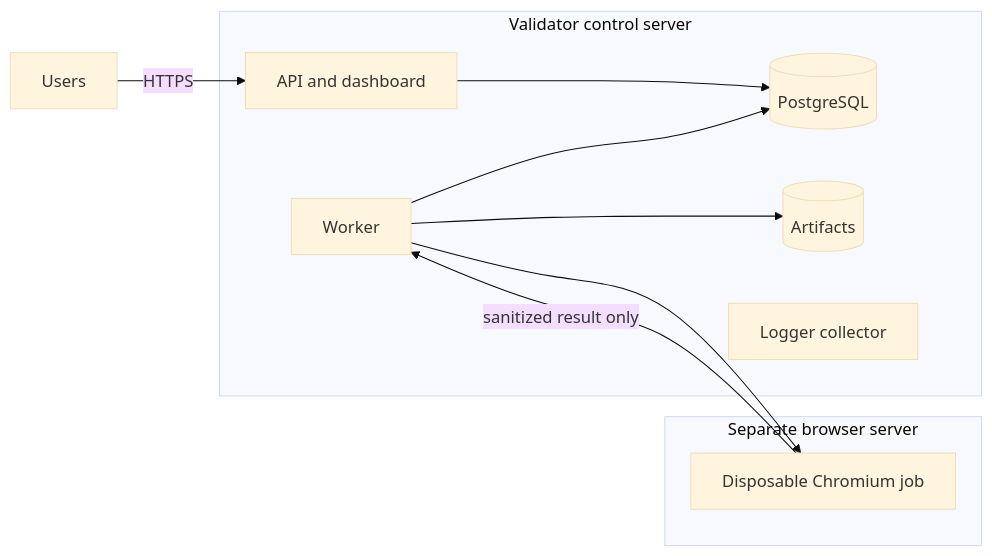
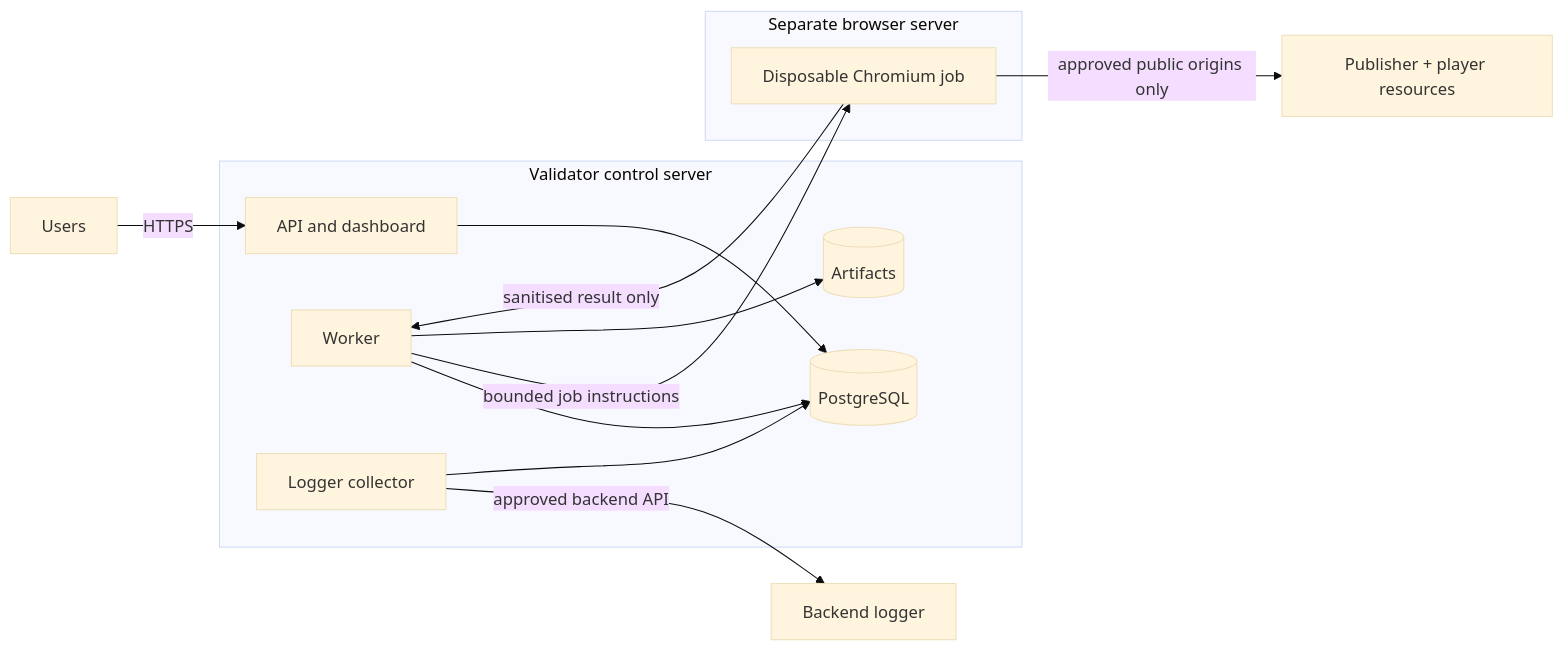
Before and after one commit to chetanya1998/VDO.ai-Automated-Player-Testing-APT--Tool: diagram 12 of 13 in README.md, drawn with Mermaid (base theme). The commit also changed other lines of this file, not shown here.

First line of the commit message:
Update README for two-application architecture with diagrams

````diff
--- a/README.md
+++ b/README.md
@@ -236,19 +509,22 @@
 ```mermaid
 flowchart LR
-    subgraph Control[Validator control server]
-      API[API and dashboard]
-      WORKER[Worker]
-      DB[(PostgreSQL)]
-      STORE[(Artifacts)]
-      LOGGER[Logger collector]
+    subgraph Control["Validator control server"]
+      API["API and dashboard"]
+      WORKER["Worker"]
+      DB[("PostgreSQL")]
+      STORE[("Artifacts")]
+      LOGGER["Logger collector"]
     end
-    subgraph Sandbox[Separate browser server]
-      BROWSER[Disposable Chromium job]
+    subgraph Sandbox["Separate browser server"]
+      BROWSER["Disposable Chromium job"]
     end
-    USERS[Users] -->|HTTPS| API
+    USERS["Users"] -->|HTTPS| API
     API --> DB
     WORKER --> DB
-    WORKER --> BROWSER
-    BROWSER -->|sanitized result only| WORKER
+    WORKER -->|bounded job instructions| BROWSER
+    BROWSER -->|approved public origins only| WEB["Publisher + player resources"]
+    BROWSER -->|sanitised result only| WORKER
     WORKER --> STORE
+    LOGGER -->|approved backend API| BACK["Backend logger"]
+    LOGGER --> DB
 ```
````
